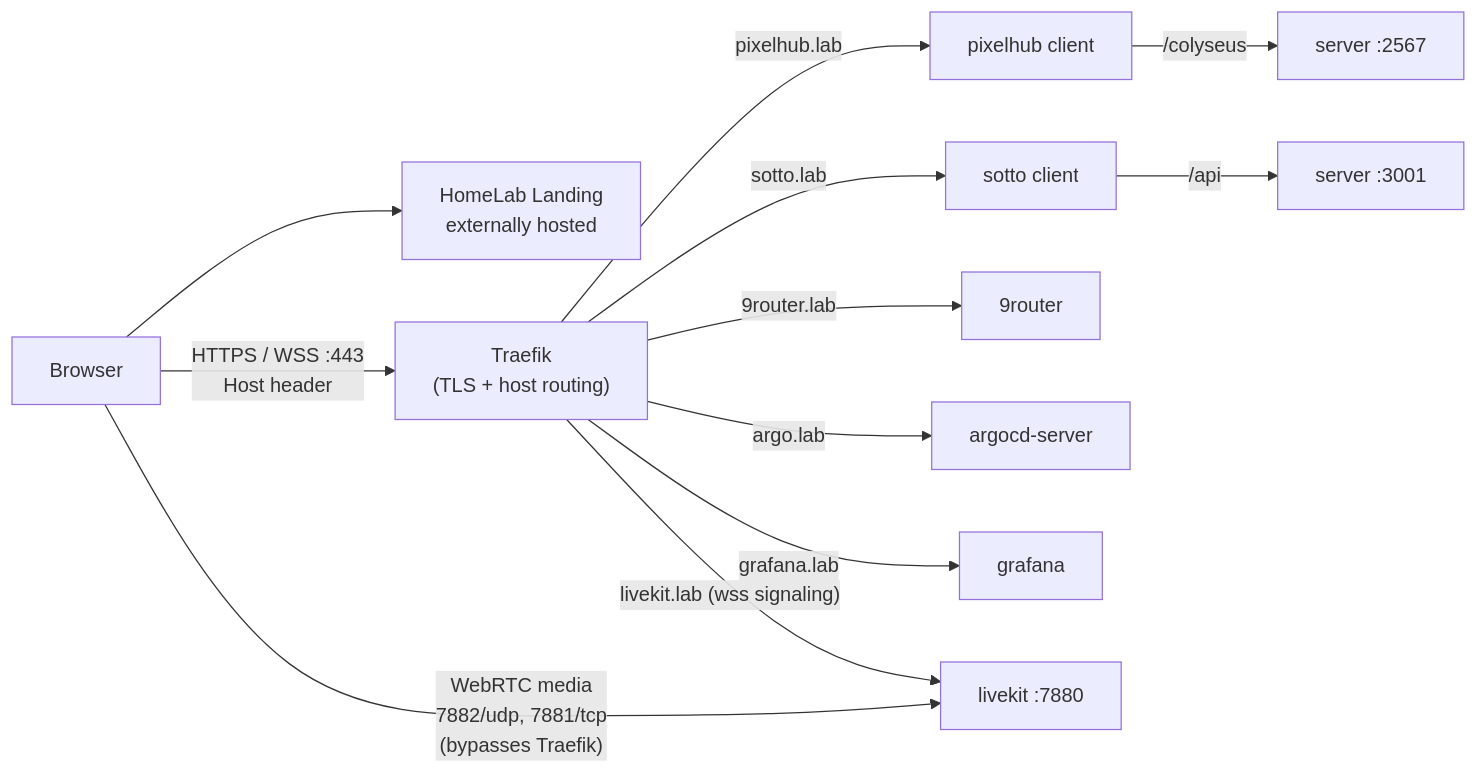
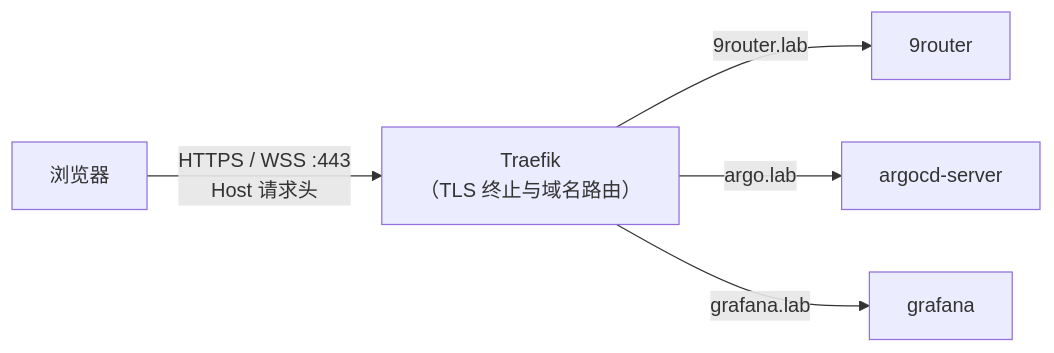
Before and after one commit to geffzhang/cloudhomelab: the third of 4 diagrams in docs/architecture/overview.md, drawn with Mermaid. The commit also changed other lines of this file and 30 other files, not shown here.

First line of the commit message:
chore: remove pixelhub, sotto, landing apps and trim grafana dashboard

````diff
--- a/docs/architecture/overview.md
+++ b/docs/architecture/overview.md
@@ -93,20 +78,10 @@
 ```mermaid
 flowchart LR
-    User["Browser"]
-    Landing["HomeLab Landing<br/>externally hosted"]
+    User["浏览器"]
 
-    User -- "HTTPS / WSS :443<br/>Host header" --> Traefik["Traefik<br/>(TLS + host routing)"]
-    User --> Landing
+    User -- "HTTPS / WSS :443<br/>Host 请求头" --> Traefik["Traefik<br/>（TLS 终止与域名路由）"]
 
-    Traefik -- "pixelhub.lab" --> PClient["pixelhub client"]
-    Traefik -- "sotto.lab" --> SClient["sotto client"]
     Traefik -- "9router.lab" --> R9C["9router"]
     Traefik -- "argo.lab" --> Argo["argocd-server"]
     Traefik -- "grafana.lab" --> Graf["grafana"]
-    Traefik -- "livekit.lab (wss signaling)" --> LK["livekit :7880"]
-
-    PClient -- "/colyseus" --> PServer["server :2567"]
-    SClient -- "/api" --> SServer["server :3001"]
-
-    User -- "WebRTC media<br/>7882/udp, 7881/tcp<br/>(bypasses Traefik)" --> LK
 ```
````
